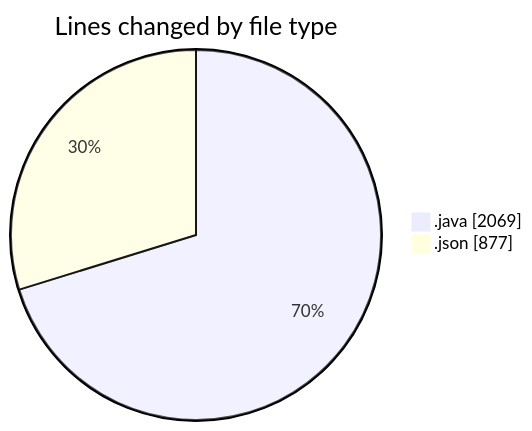
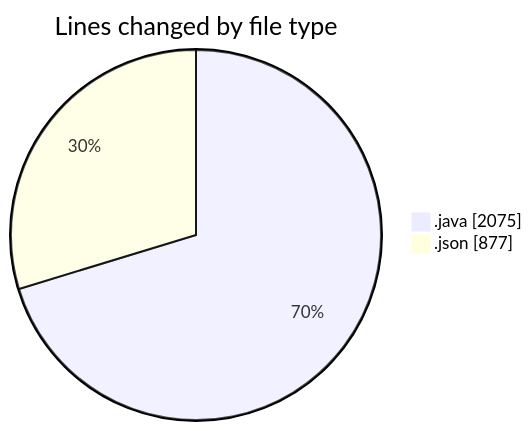
One commit to ricardozamudiocil/code-tracking changed the first of 2 diagrams in 2026-03-26/cilapp/README.md. Above: the diagram before and after it, drawn with Mermaid. The commit also changed other lines of this file and 1 other file, not shown here.

````diff
--- a/2026-03-26/cilapp/README.md
+++ b/2026-03-26/cilapp/README.md
@@ -22,6 +23,6 @@
 ```mermaid
 pie showData
 title Lines changed by file type
-".java" : 2069
+".java" : 2075
 ".json" : 877
 ```
````
